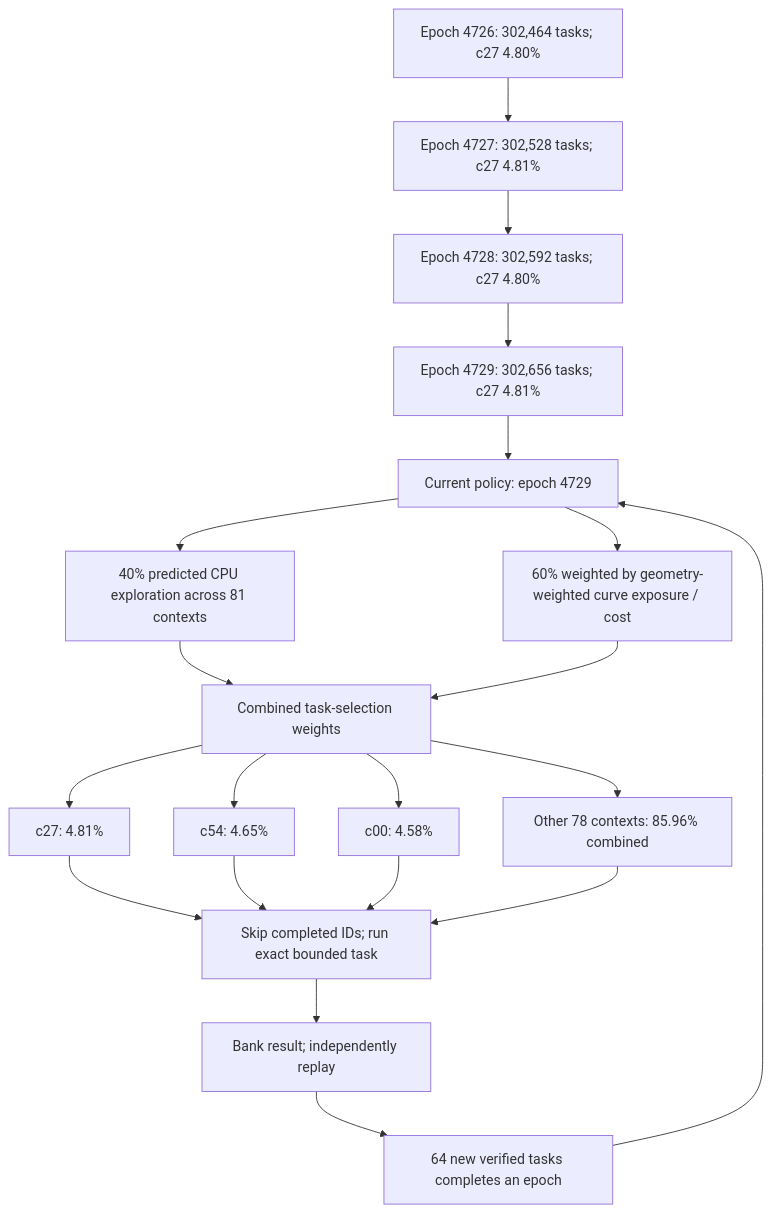
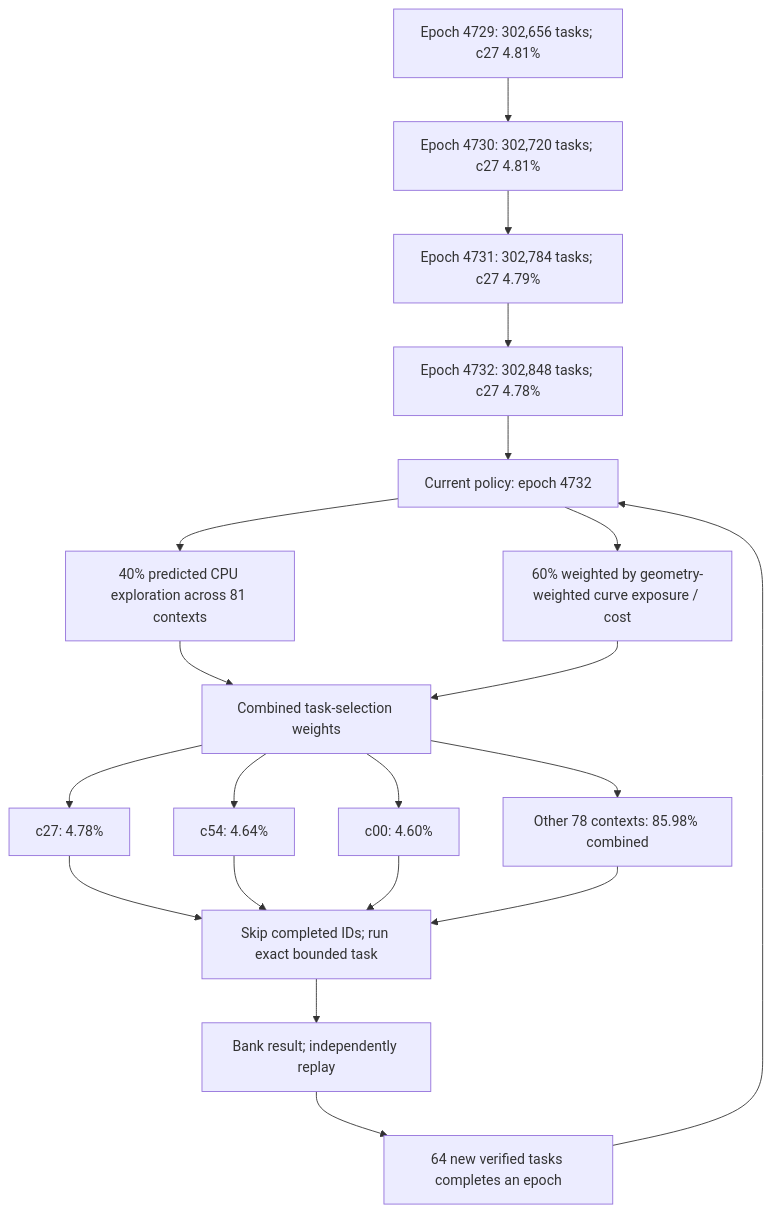
The first of 3 diagrams in README.md (Kuberwastaken/math-gambling), drawn with Mermaid before and after one commit. The commit also changed other lines of this file and 515 other files, not shown here.

````diff
--- a/README.md
+++ b/README.md
@@ -60,27 +60,27 @@
 ```mermaid
 flowchart TD
-    H0["Epoch 4726: 302,464 tasks; c27 4.80%"]
-    H1["Epoch 4727: 302,528 tasks; c27 4.81%"]
+    H0["Epoch 4729: 302,656 tasks; c27 4.81%"]
+    H1["Epoch 4730: 302,720 tasks; c27 4.81%"]
     H0 --> H1
-    H2["Epoch 4728: 302,592 tasks; c27 4.80%"]
+    H2["Epoch 4731: 302,784 tasks; c27 4.79%"]
     H1 --> H2
-    H3["Epoch 4729: 302,656 tasks; c27 4.81%"]
+    H3["Epoch 4732: 302,848 tasks; c27 4.78%"]
     H2 --> H3
-    Policy["Current policy: epoch 4729"]
+    Policy["Current policy: epoch 4732"]
     H3 --> Policy
     Policy --> Explore["40% predicted CPU exploration across 81 contexts"]
     Policy --> Cost["60% weighted by geometry-weighted curve exposure / cost"]
     Explore --> Mix["Combined task-selection weights"]
     Cost --> Mix
-    Mix --> C0["c27: 4.81%"]
-    Mix --> C1["c54: 4.65%"]
-    Mix --> C2["c00: 4.58%"]
-    Mix --> Rest["Other 78 contexts: 85.96% combined"]
+    Mix --> C0["c27: 4.78%"]
+    Mix --> C1["c54: 4.64%"]
+    Mix --> C2["c00: 4.60%"]
+    Mix --> Rest["Other 78 contexts: 85.98% combined"]
     C0 --> Check["Skip completed IDs; run exact bounded task"]
     C1 --> Check
     C2 --> Check
     Rest --> Check
     Check --> Replay["Bank result; independently replay"]
     Replay --> Gate["64 new verified tasks completes an epoch"]
     Gate --> Policy
 ```
````
